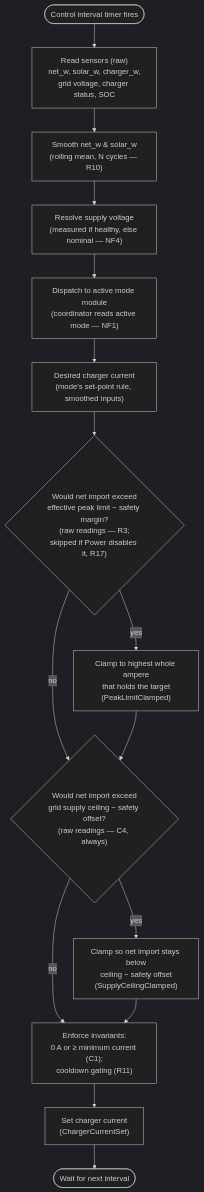
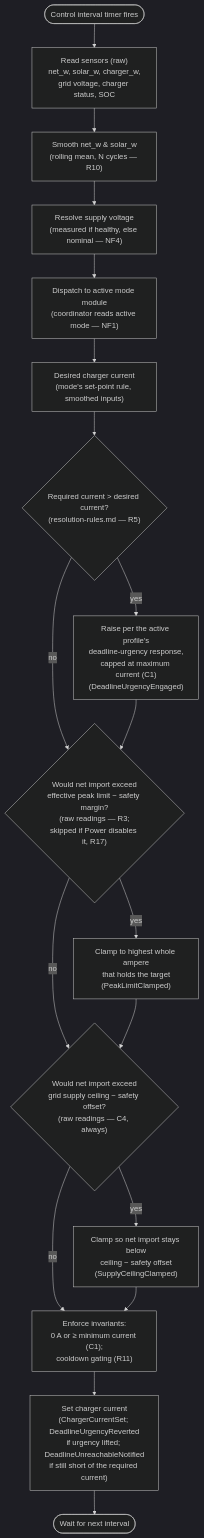
The diagram in docs/analysis/control-cycle.md (kristofdegrave/homeassistant-smart-charging), drawn with Mermaid (dark theme) before and after one commit. The commit also changed other lines of this file and 8 other files, not shown here.

First line of the commit message:
docs: rework R5/UC05 as a coordinator-applied, profile-owned response

````diff
--- a/docs/analysis/control-cycle.md
+++ b/docs/analysis/control-cycle.md
@@ -47,17 +58,20 @@
 ```mermaid
 flowchart TD
     Timer(["Control interval timer fires"]) --> Read["Read sensors (raw)<br/>net_w, solar_w, charger_w,<br/>grid voltage, charger status, SOC"]
     Read --> Smooth["Smooth net_w & solar_w<br/>(rolling mean, N cycles — R10)"]
     Smooth --> Volt["Resolve supply voltage<br/>(measured if healthy, else nominal — NF4)"]
     Volt --> Dispatch["Dispatch to active mode module<br/>(coordinator reads active mode — NF1)"]
     Dispatch --> Desired["Desired charger current<br/>(mode's set-point rule, smoothed inputs)"]
-    Desired --> Peak{"Would net import exceed<br/>effective peak limit − safety margin?<br/>(raw readings — R3;<br/>skipped if Power disables it, R17)"}
+    Desired --> Urgency{"Required current > desired current?<br/>(resolution-rules.md — R5)"}
+    Urgency -->|yes| Raise["Raise per the active profile's<br/>deadline-urgency response,<br/>capped at maximum current (C1)<br/>(DeadlineUrgencyEngaged)"]
+    Urgency -->|no| Peak
+    Raise --> Peak{"Would net import exceed<br/>effective peak limit − safety margin?<br/>(raw readings — R3;<br/>skipped if Power disables it, R17)"}
     Peak -->|yes| Clamp["Clamp to highest whole ampere<br/>that holds the target<br/>(PeakLimitClamped)"]
     Peak -->|no| Ceiling
     Clamp --> Ceiling{"Would net import exceed<br/>grid supply ceiling − safety offset?<br/>(raw readings — C4, always)"}
     Ceiling -->|yes| CeilingClamp["Clamp so net import stays below<br/>ceiling − safety offset<br/>(SupplyCeilingClamped)"]
     Ceiling -->|no| Invariant
     CeilingClamp --> Invariant["Enforce invariants:<br/>0 A or ≥ minimum current (C1);<br/>cooldown gating (R11)"]
-    Invariant --> Set["Set charger current<br/>(ChargerCurrentSet)"]
+    Invariant --> Set["Set charger current<br/>(ChargerCurrentSet; DeadlineUrgencyReverted<br/>if urgency lifted; DeadlineUnreachableNotified<br/>if still short of the required current)"]
     Set --> Wait(["Wait for next interval"])
 ```
````
